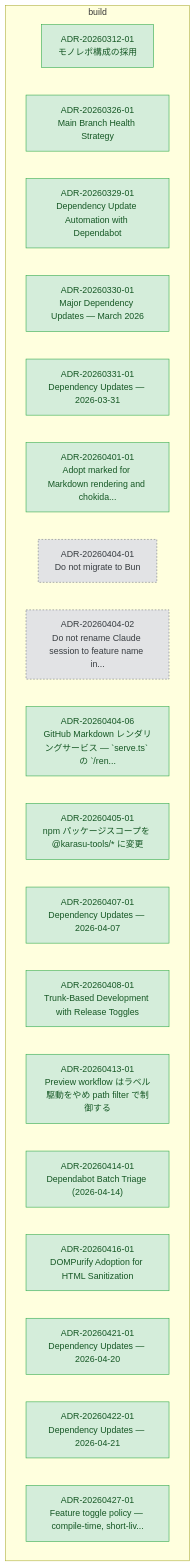
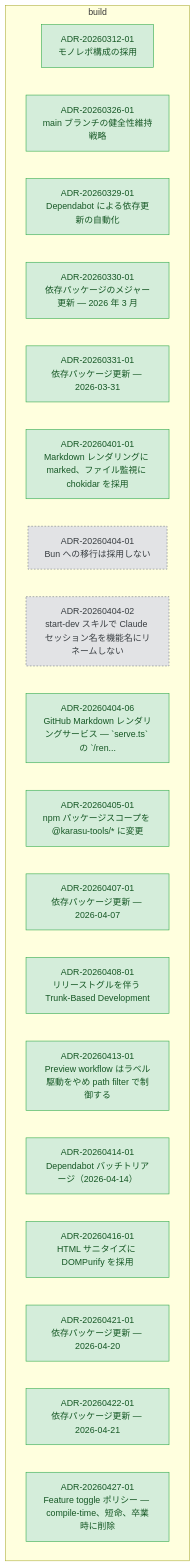
Before and after one commit to kompiro/karasu: the diagram in docs/adr/graph/build.md, drawn with Mermaid. The commit also changed 35 other files, not shown here.

````diff
--- a/docs/adr/graph/build.md
+++ b/docs/adr/graph/build.md
@@ -6,48 +6,48 @@
 ```mermaid
 flowchart TD
   subgraph build["build"]
     ADR_20260312_01["ADR-20260312-01<br/>モノレポ構成の採用"]
-    ADR_20260326_01["ADR-20260326-01<br/>Main Branch Health Strategy"]
-    ADR_20260329_01["ADR-20260329-01<br/>Dependency Update Automation with Dependabot"]
-    ADR_20260330_01["ADR-20260330-01<br/>Major Dependency Updates — March 2026"]
-    ADR_20260331_01["ADR-20260331-01<br/>Dependency Updates — 2026-03-31"]
-    ADR_20260401_01["ADR-20260401-01<br/>Adopt marked for Markdown rendering and chokida..."]
-    ADR_20260404_01["ADR-20260404-01<br/>Do not migrate to Bun"]
-    ADR_20260404_02["ADR-20260404-02<br/>Do not rename Claude session to feature name in..."]
+    ADR_20260326_01["ADR-20260326-01<br/>main ブランチの健全性維持戦略"]
+    ADR_20260329_01["ADR-20260329-01<br/>Dependabot による依存更新の自動化"]
+    ADR_20260330_01["ADR-20260330-01<br/>依存パッケージのメジャー更新 — 2026 年 3 月"]
+    ADR_20260331_01["ADR-20260331-01<br/>依存パッケージ更新 — 2026-03-31"]
+    ADR_20260401_01["ADR-20260401-01<br/>Markdown レンダリングに marked、ファイル監視に chokidar を採用"]
+    ADR_20260404_01["ADR-20260404-01<br/>Bun への移行は採用しない"]
+    ADR_20260404_02["ADR-20260404-02<br/>start-dev スキルで Claude セッション名を機能名にリネームしない"]
     ADR_20260404_06["ADR-20260404-06<br/>GitHub Markdown レンダリングサービス — `serve.ts` の `/ren..."]
     ADR_20260405_01["ADR-20260405-01<br/>npm パッケージスコープを @karasu-tools/* に変更"]
-    ADR_20260407_01["ADR-20260407-01<br/>Dependency Updates — 2026-04-07"]
-    ADR_20260408_01["ADR-20260408-01<br/>Trunk-Based Development with Release Toggles"]
+    ADR_20260407_01["ADR-20260407-01<br/>依存パッケージ更新 — 2026-04-07"]
+    ADR_20260408_01["ADR-20260408-01<br/>リリーストグルを伴う Trunk-Based Development"]
     ADR_20260413_01["ADR-20260413-01<br/>Preview workflow はラベル駆動をやめ path filter で制御する"]
-    ADR_20260414_01["ADR-20260414-01<br/>Dependabot Batch Triage (2026-04-14)"]
-    ADR_20260416_01["ADR-20260416-01<br/>DOMPurify Adoption for HTML Sanitization"]
-    ADR_20260421_01["ADR-20260421-01<br/>Dependency Updates — 2026-04-20"]
-    ADR_20260422_01["ADR-20260422-01<br/>Dependency Updates — 2026-04-21"]
-    ADR_20260427_01["ADR-20260427-01<br/>Feature toggle policy — compile-time, short-liv..."]
+    ADR_20260414_01["ADR-20260414-01<br/>Dependabot バッチトリアージ（2026-04-14）"]
+    ADR_20260416_01["ADR-20260416-01<br/>HTML サニタイズに DOMPurify を採用"]
+    ADR_20260421_01["ADR-20260421-01<br/>依存パッケージ更新 — 2026-04-20"]
+    ADR_20260422_01["ADR-20260422-01<br/>依存パッケージ更新 — 2026-04-21"]
+    ADR_20260427_01["ADR-20260427-01<br/>Feature toggle ポリシー — compile-time、短命、卒業時に削除"]
   end
 
   classDef accepted fill:#d4edda,stroke:#28a745,color:#155724
   classDef proposed fill:#fff3cd,stroke:#ffc107,color:#856404
   classDef deprecated fill:#f8d7da,stroke:#dc3545,color:#721c24
   classDef superseded fill:#e2e3e5,stroke:#6c757d,color:#383d41
   classDef not_adopted fill:#e2e3e5,stroke:#6c757d,color:#383d41,stroke-dasharray:3 3
   classDef ghost fill:#f5f5f5,stroke:#adb5bd,color:#6c757d,stroke-dasharray:2 2
   class ADR_20260312_01 accepted
   class ADR_20260326_01 accepted
   class ADR_20260329_01 accepted
   class ADR_20260330_01 accepted
   class ADR_20260331_01 accepted
   class ADR_20260401_01 accepted
   class ADR_20260404_01 not_adopted
   class ADR_20260404_02 not_adopted
   class ADR_20260404_06 accepted
   class ADR_20260405_01 accepted
   class ADR_20260407_01 accepted
   class ADR_20260408_01 accepted
   class ADR_20260413_01 accepted
   class ADR_20260414_01 accepted
   class ADR_20260416_01 accepted
   class ADR_20260421_01 accepted
   class ADR_20260422_01 accepted
   class ADR_20260427_01 accepted
 ```
````
